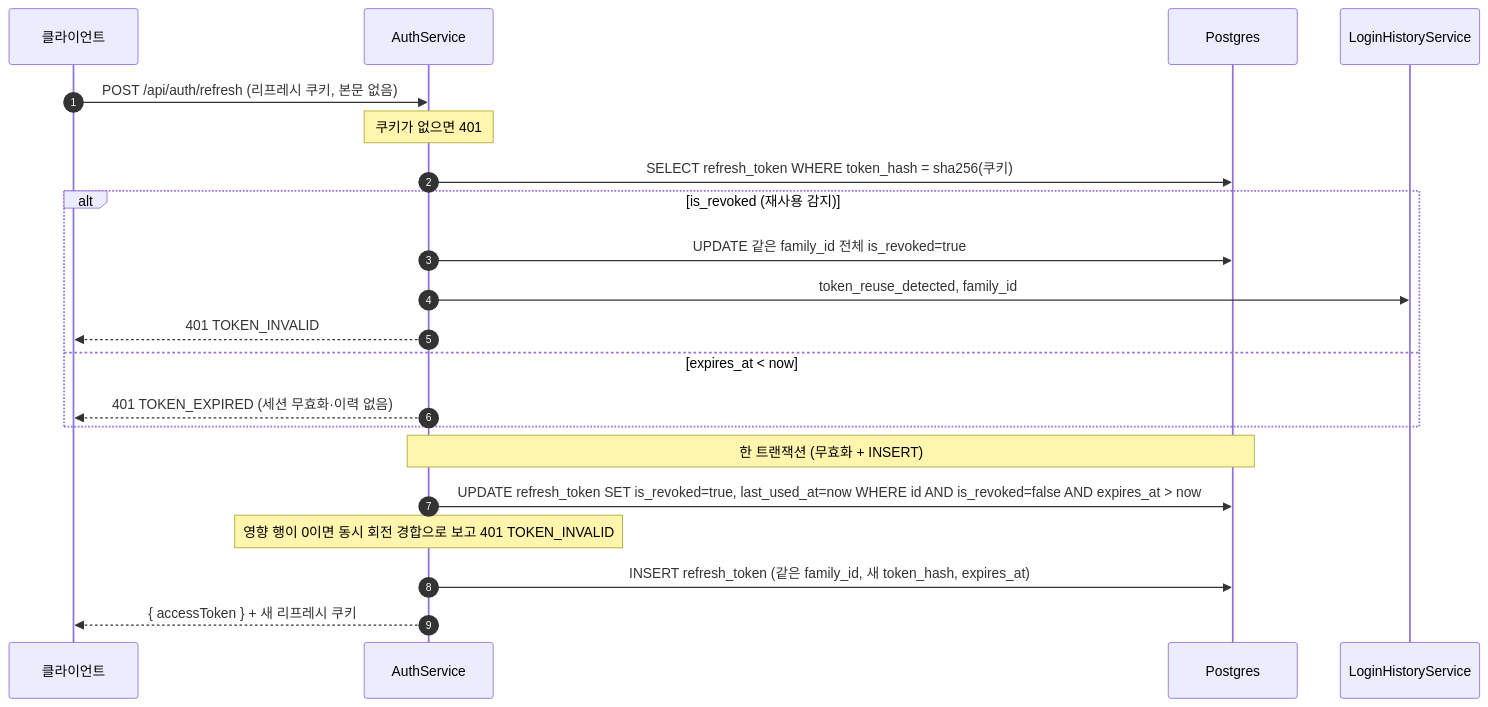
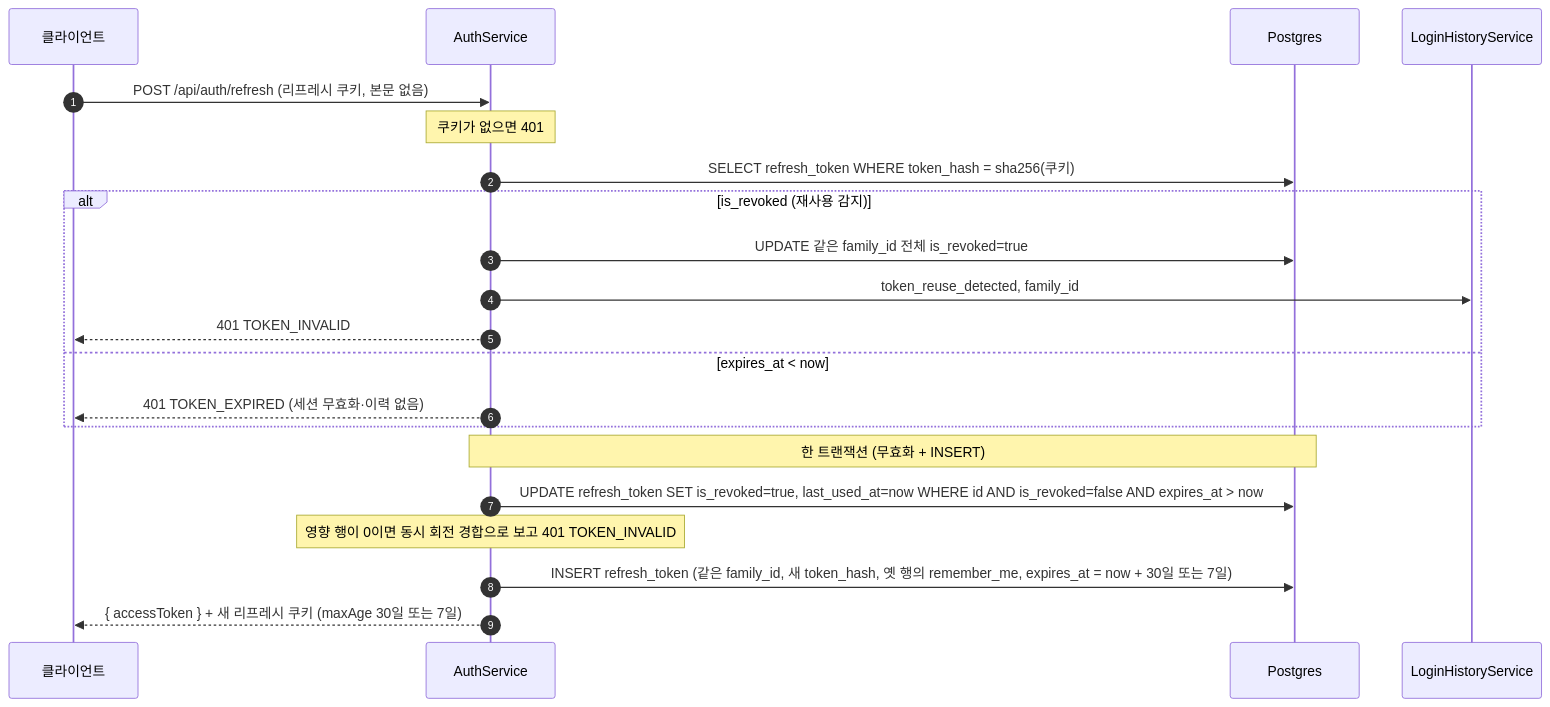
The fifth of 13 diagrams in spec/CLE-ACCT/CLE-ACCT-DATA.md (worker-ants/clemvion), drawn with Mermaid before and after one commit. The commit also changed other lines of this file and 43 other files, not shown here.

````diff
--- a/spec/CLE-ACCT/CLE-ACCT-DATA.md
+++ b/spec/CLE-ACCT/CLE-ACCT-DATA.md
@@ -349,23 +364,23 @@
 ```mermaid
 sequenceDiagram
   autonumber
   participant C as 클라이언트
   participant Svc as AuthService
   participant PG as Postgres
   participant Hist as LoginHistoryService
   C->>Svc: POST /api/auth/refresh (리프레시 쿠키, 본문 없음)
   Note over Svc: 쿠키가 없으면 401
   Svc->>PG: SELECT refresh_token WHERE token_hash = sha256(쿠키)
   alt is_revoked (재사용 감지)
     Svc->>PG: UPDATE 같은 family_id 전체 is_revoked=true
     Svc->>Hist: token_reuse_detected, family_id
     Svc-->>C: 401 TOKEN_INVALID
   else expires_at < now
     Svc-->>C: 401 TOKEN_EXPIRED (세션 무효화·이력 없음)
   end
   Note over Svc,PG: 한 트랜잭션 (무효화 + INSERT)
   Svc->>PG: UPDATE refresh_token SET is_revoked=true, last_used_at=now WHERE id AND is_revoked=false AND expires_at > now
   Note over Svc: 영향 행이 0이면 동시 회전 경합으로 보고 401 TOKEN_INVALID
-  Svc->>PG: INSERT refresh_token (같은 family_id, 새 token_hash, expires_at)
-  Svc-->>C: { accessToken } + 새 리프레시 쿠키
+  Svc->>PG: INSERT refresh_token (같은 family_id, 새 token_hash, 옛 행의 remember_me, expires_at = now + 30일 또는 7일)
+  Svc-->>C: { accessToken } + 새 리프레시 쿠키 (maxAge 30일 또는 7일)
 ```
````
